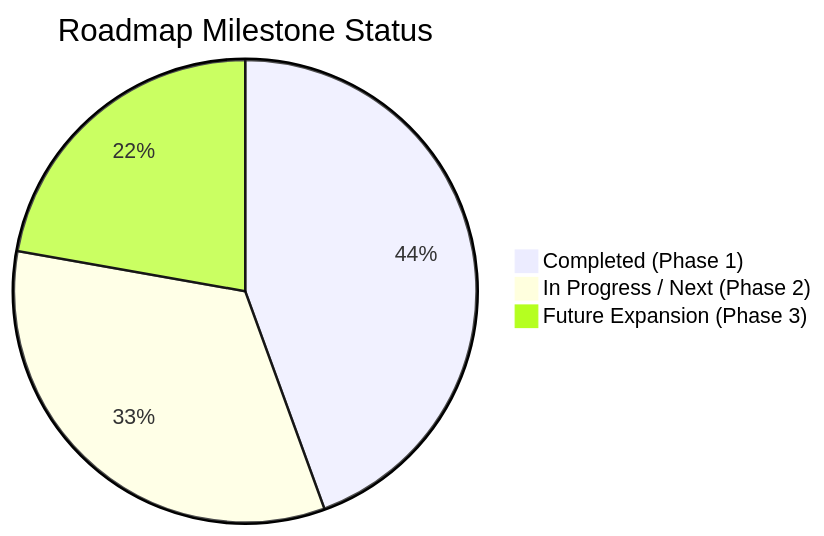
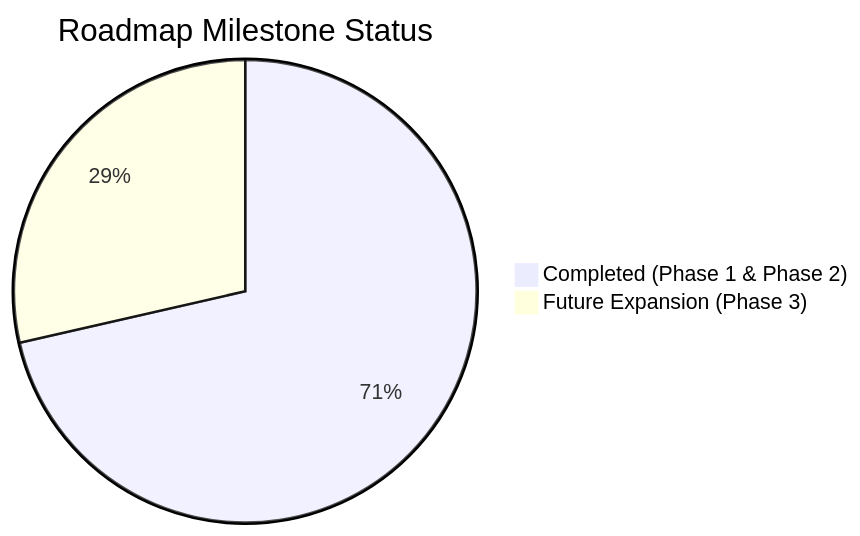
Before and after one commit to rabby-xponent/devscope: the diagram in BUILD_TRACKER.md, drawn with Mermaid. The commit also changed other lines of this file and 12 other files, not shown here.

````diff
--- a/BUILD_TRACKER.md
+++ b/BUILD_TRACKER.md
@@ -95,6 +122,5 @@
 ```mermaid
 pie title Roadmap Milestone Status
-    "Completed (Phase 1)" : 4
-    "In Progress / Next (Phase 2)" : 3
+    "Completed (Phase 1 & Phase 2)" : 5
     "Future Expansion (Phase 3)" : 2
 ```
````
